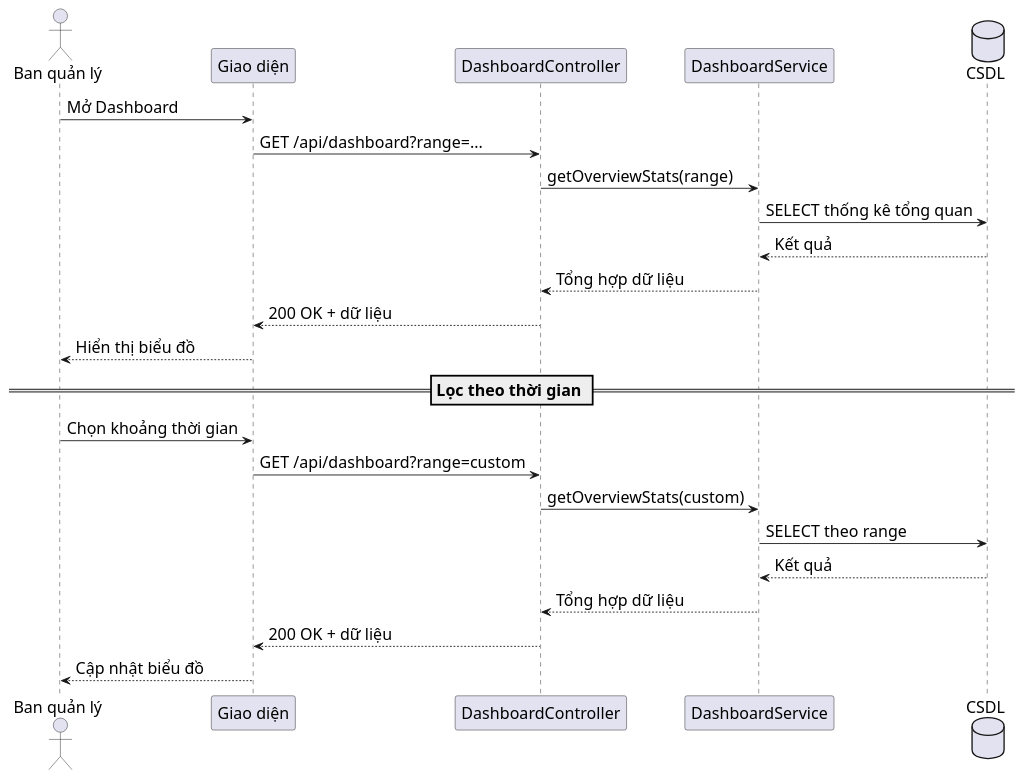
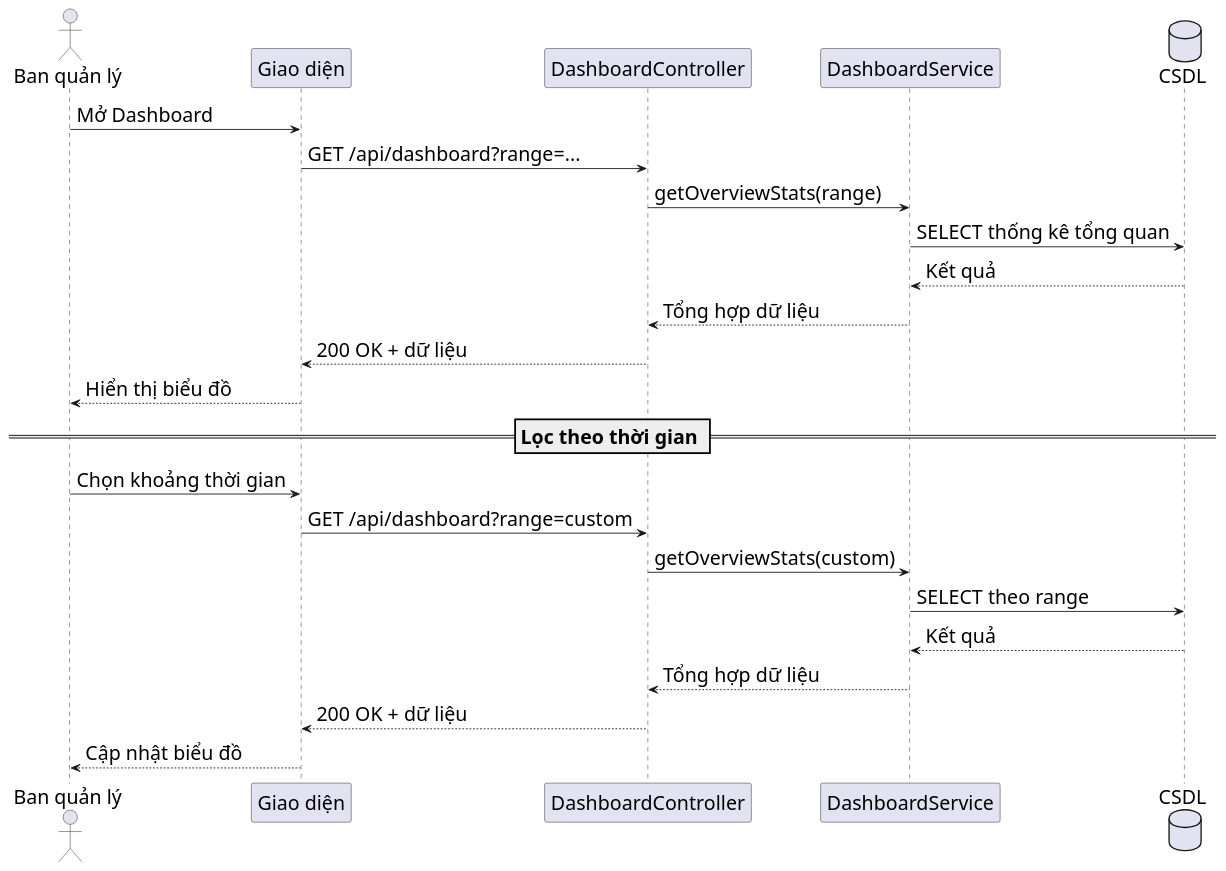
The diagram in diagrams/nhomdashboard/dashboard_view_sequence.puml (s0nbuildtech287/dormitory-frontend), drawn with PlantUML before and after one commit. The commit also changed 66 other files, not shown here.

```diff
--- a/diagrams/nhomdashboard/dashboard_view_sequence.puml
+++ b/diagrams/nhomdashboard/dashboard_view_sequence.puml
@@ -1,28 +1,29 @@
 @startuml "Dashboard View Sequence"
-skinparam defaultFontSize 18
+skinparam defaultFontSize 22
 skinparam defaultFontName "Times New Roman"
+skinparam sequenceMessageSize 22
 actor "Ban quản lý" as Admin
 participant "Giao diện" as FE
 participant "DashboardController" as DashC
 participant "DashboardService" as DashS
 database "CSDL" as DB
 
 Admin -> FE: Mở Dashboard
 FE -> DashC: GET /api/dashboard?range=...
 DashC -> DashS: getOverviewStats(range)
 DashS -> DB: SELECT thống kê tổng quan
 DB --> DashS: Kết quả
 DashS --> DashC: Tổng hợp dữ liệu
 DashC --> FE: 200 OK + dữ liệu
 FE --> Admin: Hiển thị biểu đồ
 
 == Lọc theo thời gian ==
 Admin -> FE: Chọn khoảng thời gian
 FE -> DashC: GET /api/dashboard?range=custom
 DashC -> DashS: getOverviewStats(custom)
 DashS -> DB: SELECT theo range
 DB --> DashS: Kết quả
 DashS --> DashC: Tổng hợp dữ liệu
 DashC --> FE: 200 OK + dữ liệu
 FE --> Admin: Cập nhật biểu đồ
 @enduml
```
